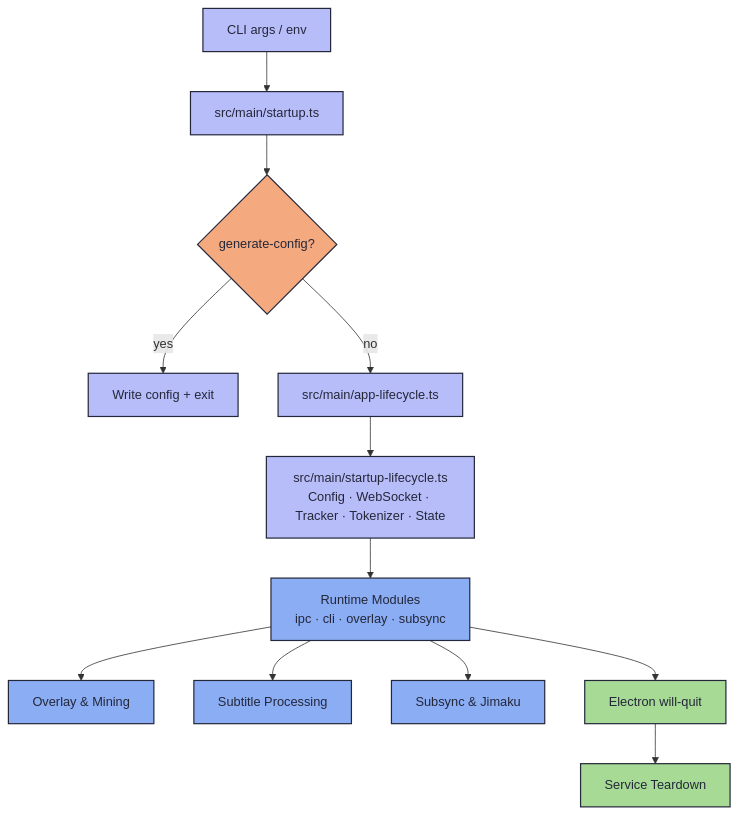
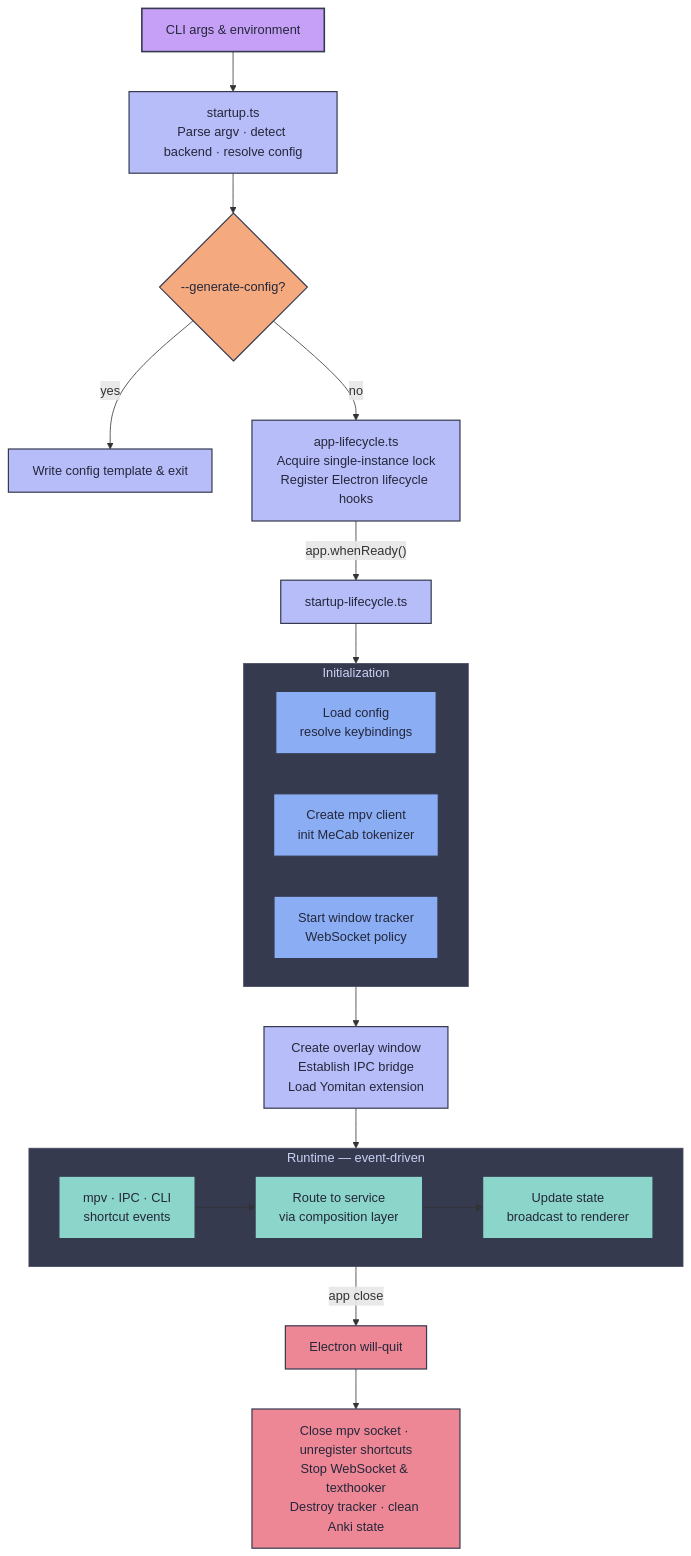
Before and after one commit to ksyasuda/SubMiner: the second of 2 diagrams in docs/architecture.md, drawn with Mermaid. The commit also changed other lines of this file and 3 other files, not shown here.

````diff
--- a/docs/architecture.md
+++ b/docs/architecture.md
@@ -170,25 +174,41 @@
 ```mermaid
 flowchart TD
-  classDef phase fill:#b7bdf8,stroke:#24273a,color:#24273a,stroke-width:1.5px
-  classDef decision fill:#f5a97f,stroke:#24273a,color:#24273a,stroke-width:1.5px
-  classDef runtime fill:#8aadf4,stroke:#24273a,color:#24273a,stroke-width:1.5px
-  classDef shutdown fill:#a6da95,stroke:#24273a,color:#24273a,stroke-width:1.5px
+  classDef start fill:#c6a0f6,stroke:#363a4f,color:#24273a,stroke-width:2px
+  classDef phase fill:#b7bdf8,stroke:#363a4f,color:#24273a,stroke-width:1.5px
+  classDef decision fill:#f5a97f,stroke:#363a4f,color:#24273a,stroke-width:1.5px
+  classDef init fill:#8aadf4,stroke:#363a4f,color:#24273a,stroke-width:1.5px
+  classDef runtime fill:#8bd5ca,stroke:#363a4f,color:#24273a,stroke-width:1.5px
+  classDef shutdown fill:#ed8796,stroke:#363a4f,color:#24273a,stroke-width:1.5px
 
-  Args["CLI args / env"]:::phase --> Startup["src/main/startup.ts"]:::phase
+  CLI["CLI args & environment"]:::start
+  CLI --> Parse["startup.ts<br/>Parse argv · detect backend · resolve config"]:::phase
+  Parse --> GenCheck{"--generate-config?"}:::decision
+  GenCheck -->|yes| GenExit["Write config template & exit"]:::phase
+  GenCheck -->|no| Lifecycle["app-lifecycle.ts<br/>Acquire single-instance lock<br/>Register Electron lifecycle hooks"]:::phase
+  Lifecycle -->|"app.whenReady()"| Ready["startup-lifecycle.ts"]:::phase
 
-  Startup --> Decision{"generate-config?"}:::decision
+  Ready --> Init
+  subgraph Init["Initialization"]
+    direction LR
+    Config["Load config<br/>resolve keybindings"]:::init
+    Runtime["Create mpv client<br/>init MeCab tokenizer"]:::init
+    Platform["Start window tracker<br/>WebSocket policy"]:::init
+  end
 
-  Decision -->|yes| WriteConfig["Write config + exit"]:::phase
-  Decision -->|no| AppLifecycle["src/main/app-lifecycle.ts"]:::phase
+  Init --> Create["Create overlay window<br/>Establish IPC bridge<br/>Load Yomitan extension"]:::phase
 
-  AppLifecycle --> Ready["src/main/startup-lifecycle.ts\nConfig · WebSocket · Tracker · Tokenizer · State"]:::phase
+  Create --> Loop
+  subgraph Loop["Runtime — event-driven"]
+    direction LR
+    Events["mpv · IPC · CLI<br/>shortcut events"]:::runtime
+    Dispatch["Route to service<br/>via composition layer"]:::runtime
+    State["Update state<br/>broadcast to renderer"]:::runtime
+    Events --> Dispatch --> State
+  end
 
-  Ready --> Runtime["Runtime Modules\nipc · cli · overlay · subsync"]:::runtime
+  Loop -->|"app close"| Quit["Electron will-quit"]:::shutdown
+  Quit --> Teardown["Close mpv socket · unregister shortcuts<br/>Stop WebSocket & texthooker<br/>Destroy tracker · clean Anki state"]:::shutdown
 
-  Runtime --> Overlay["Overlay & Mining"]:::runtime
-  Runtime --> Subtitle["Subtitle Processing"]:::runtime
-  Runtime --> SubsyncInt["Subsync & Jimaku"]:::runtime
-
-  Runtime --> WillQuit["Electron will-quit"]:::shutdown
-  WillQuit --> Cleanup["Service Teardown"]:::shutdown
+  style Init fill:#363a4f,stroke:#494d64,color:#cad3f5
+  style Loop fill:#363a4f,stroke:#494d64,color:#cad3f5
 ```
````
